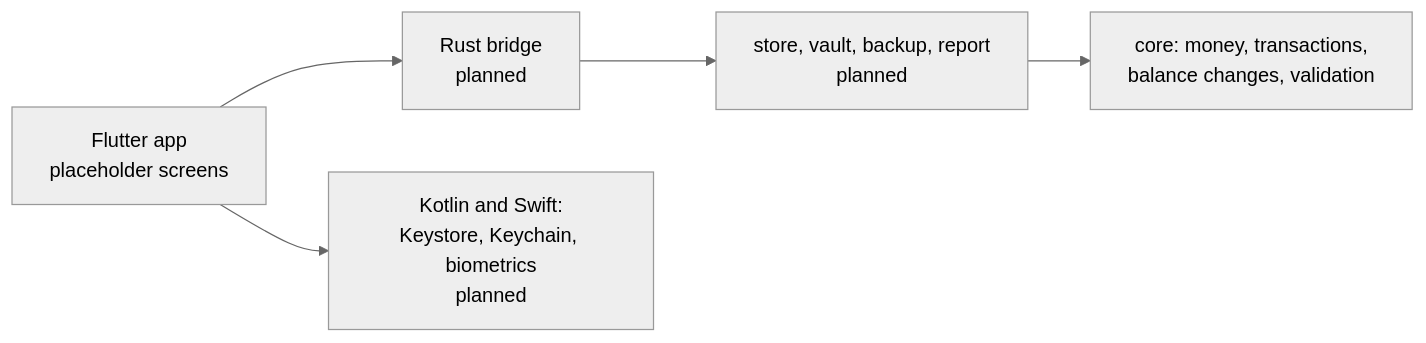
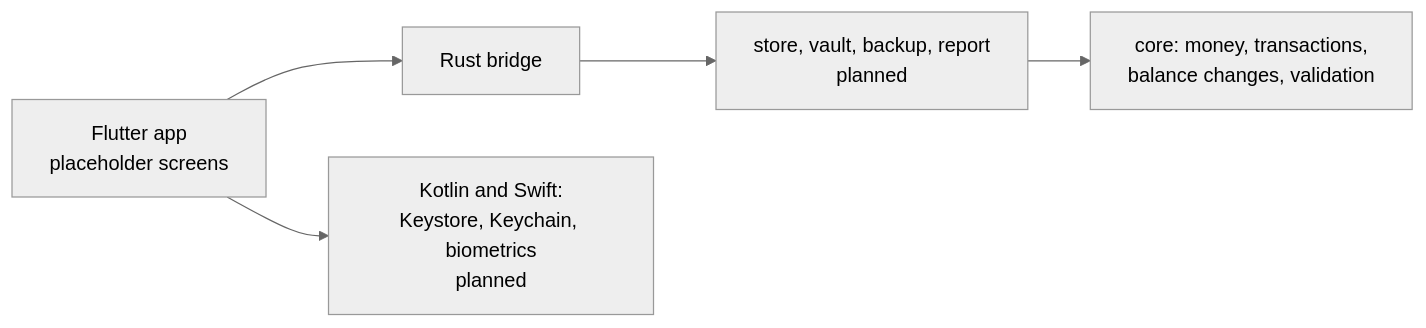
One commit to jabbott-iii/DenariiDolor changed the diagram in README.md. Above: the diagram before and after it, drawn with Mermaid (neutral theme). The commit also changed other lines of this file and 42 other files, not shown here.

````diff
--- a/README.md
+++ b/README.md
@@ -179,5 +179,5 @@
 ```mermaid
 flowchart LR
-    UI[Flutter app<br/>placeholder screens] --> BR[Rust bridge<br/>planned] --> ST[store, vault, backup, report<br/>planned] --> CO[core: money, transactions,<br/>balance changes, validation]
+    UI[Flutter app<br/>placeholder screens] --> BR[Rust bridge] --> ST[store, vault, backup, report<br/>planned] --> CO[core: money, transactions,<br/>balance changes, validation]
     UI --> PL[Kotlin and Swift:<br/>Keystore, Keychain, biometrics<br/>planned]
 ```
````
